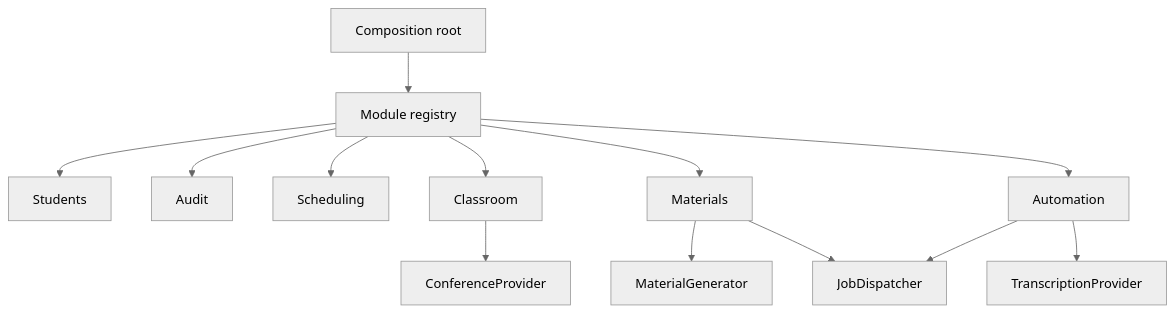
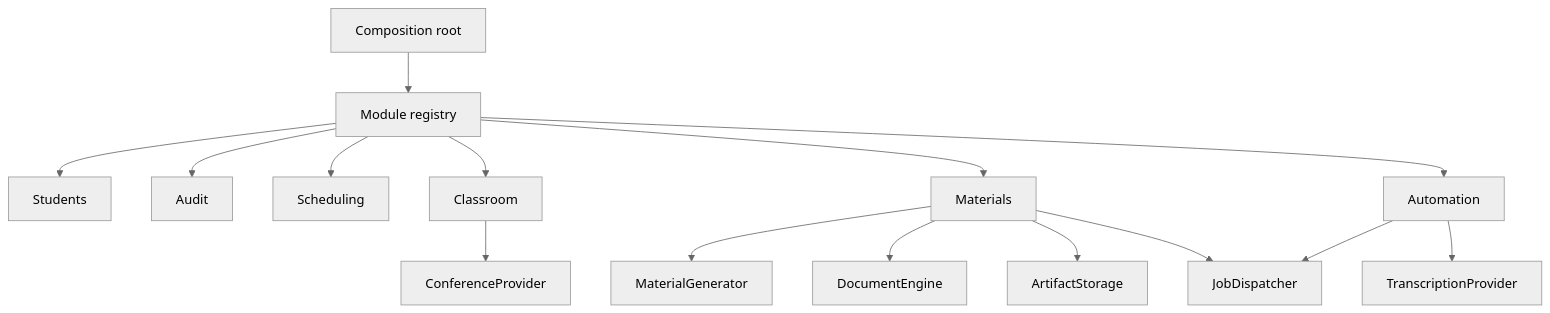
One commit to ArtemLevin/tutor-assistant-web changed the first of 4 diagrams in docs/architecture.md. Above: the diagram before and after it, drawn with Mermaid (neutral theme). The commit also changed other lines of this file and 30 other files, not shown here.

````diff
--- a/docs/architecture.md
+++ b/docs/architecture.md
@@ -8,15 +8,17 @@
 ```mermaid
 flowchart TB
     App[Composition root] --> Registry[Module registry]
     Registry --> Students[Students]
     Registry --> Audit[Audit]
     Registry --> Schedule[Scheduling]
     Registry --> Classroom[Classroom]
     Registry --> Materials[Materials]
     Registry --> Automation[Automation]
     Classroom --> Conference[ConferenceProvider]
     Materials --> Generator[MaterialGenerator]
+    Materials --> Documents[DocumentEngine]
+    Materials --> Storage[ArtifactStorage]
     Materials --> Jobs[JobDispatcher]
     Automation --> Speech[TranscriptionProvider]
     Automation --> Jobs
 ```
````
